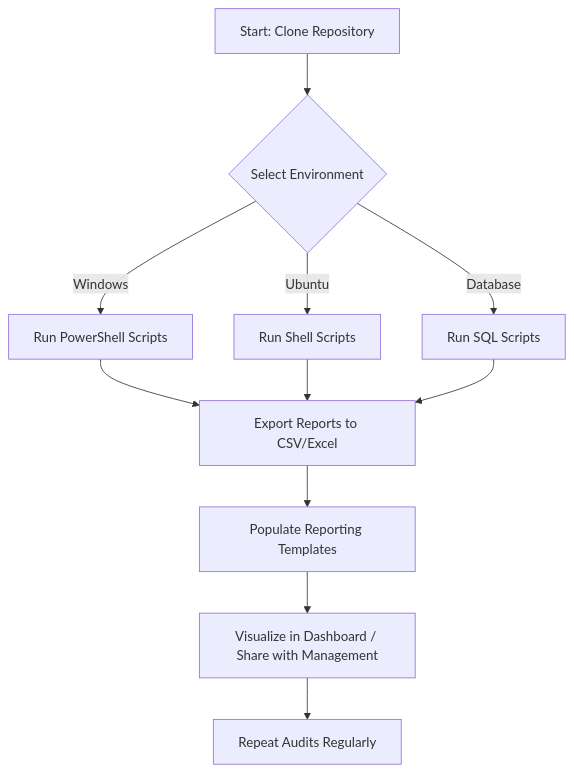
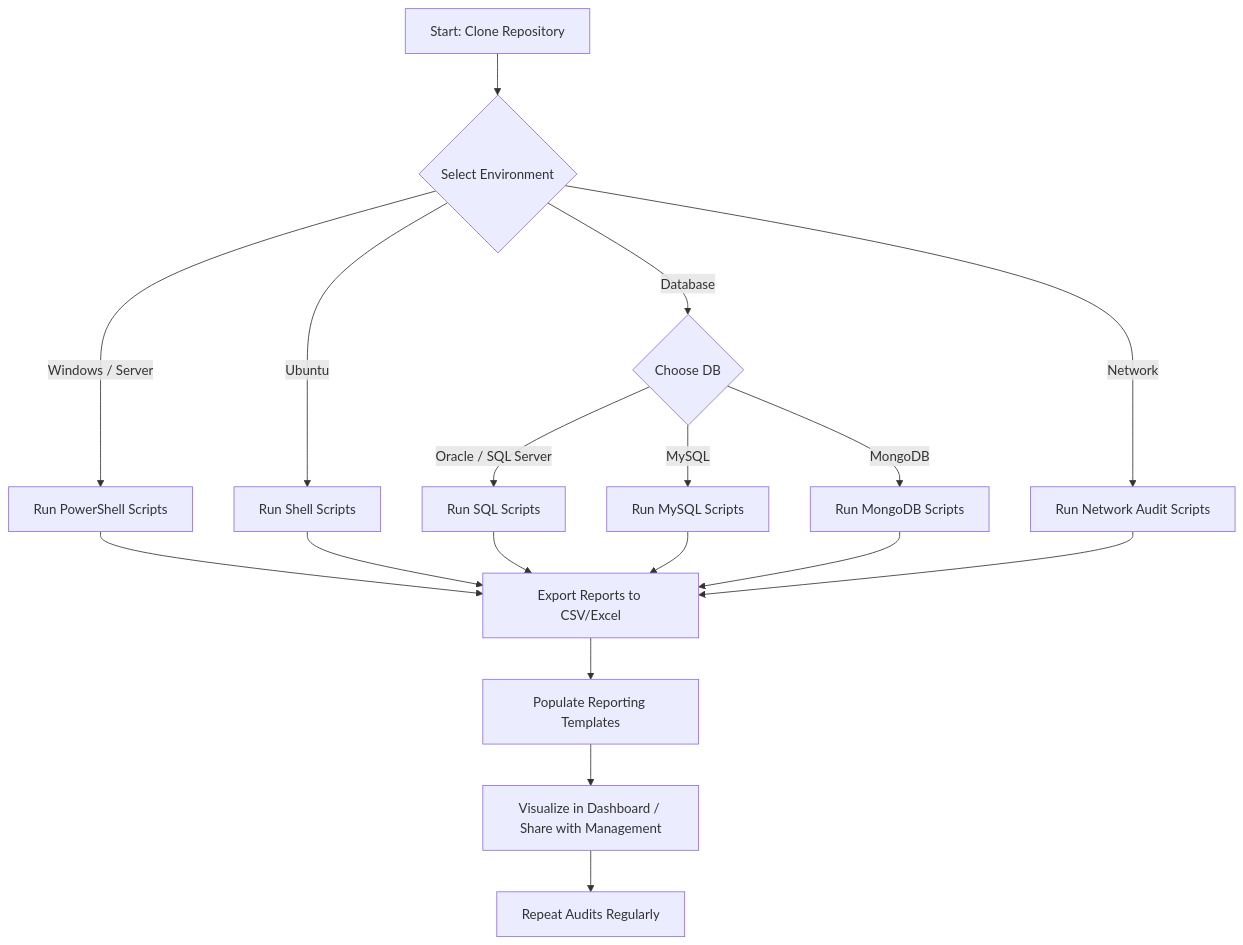
Before and after one commit to crispusomollo/CyberSecurity-Starter-ToolKit: the diagram in README.md, drawn with Mermaid. The commit also changed other lines of this file, not shown here.

````diff
--- a/README.md
+++ b/README.md
@@ -30,13 +37,20 @@
 ```mermaid
 flowchart TD
     A[Start: Clone Repository] --> B{Select Environment}
-    B --> |Windows| C[Run PowerShell Scripts]
+    B --> |Windows / Server| C[Run PowerShell Scripts]
     B --> |Ubuntu| D[Run Shell Scripts]
-    B --> |Database| E[Run SQL Scripts]
-    C --> F[Export Reports to CSV/Excel]
-    D --> F
-    E --> F
-    F --> G[Populate Reporting Templates]
-    G --> H[Visualize in Dashboard / Share with Management]
-    H --> I[Repeat Audits Regularly]
+    B --> |Database| E{Choose DB}
+    E --> |Oracle / SQL Server| F[Run SQL Scripts]
+    E --> |MySQL| G[Run MySQL Scripts]
+    E --> |MongoDB| H[Run MongoDB Scripts]
+    B --> |Network| I[Run Network Audit Scripts]
+    C --> J[Export Reports to CSV/Excel]
+    D --> J
+    F --> J
+    G --> J
+    H --> J
+    I --> J
+    J --> K[Populate Reporting Templates]
+    K --> L[Visualize in Dashboard / Share with Management]
+    L --> M[Repeat Audits Regularly]
 ```
````
